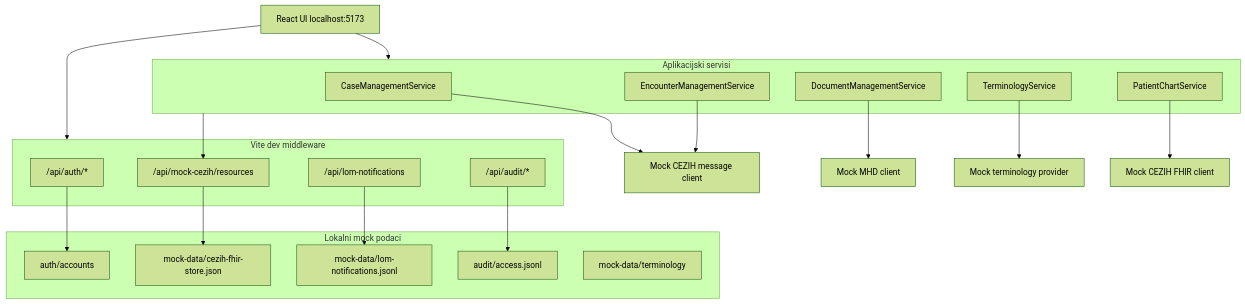
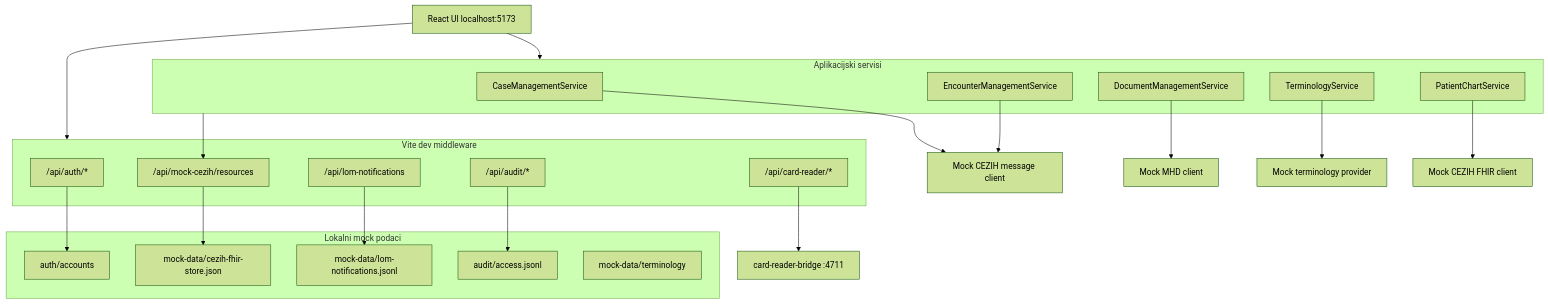
The first of 2 diagrams in README.md (dAIgnostics-dev/patient_search_app), drawn with Mermaid (forest theme) before and after one commit. The commit also changed other lines of this file and 27 other files, not shown here.

````diff
--- a/README.md
+++ b/README.md
@@ -61,40 +91,42 @@
 ```mermaid
 flowchart TB
   Browser[React UI localhost:5173]
 
   subgraph viteMiddleware [Vite dev middleware]
     AuthMw["/api/auth/*"]
+    CardMw["/api/card-reader/*"]
     AuditMw["/api/audit/*"]
     LomMw["/api/lom-notifications"]
     MockCezihMw["/api/mock-cezih/resources"]
   end
 
   subgraph mockStorage [Lokalni mock podaci]
     Accounts[auth/accounts]
     CezihStore[mock-data/cezih-fhir-store.json]
     LomQueue[mock-data/lom-notifications.jsonl]
     AuditLog[audit/access.jsonl]
     Terminology[mock-data/terminology]
   end
 
   subgraph appServices [Aplikacijski servisi]
     CaseSvc[CaseManagementService]
     EncounterSvc[EncounterManagementService]
     DocumentSvc[DocumentManagementService]
     ChartSvc[PatientChartService]
     TermSvc[TerminologyService]
   end
 
   Browser --> viteMiddleware
   Browser --> appServices
+  CardMw --> Bridge[card-reader-bridge :4711]
   AuthMw --> Accounts
   AuditMw --> AuditLog
   LomMw --> LomQueue
   MockCezihMw --> CezihStore
   appServices --> MockCezihMw
   CaseSvc --> MockMessage[Mock CEZIH message client]
   EncounterSvc --> MockMessage
   DocumentSvc --> MockMhd[Mock MHD client]
   TermSvc --> MockTerm[Mock terminology provider]
   ChartSvc --> MockCezihClient[Mock CEZIH FHIR client]
 ```
````
